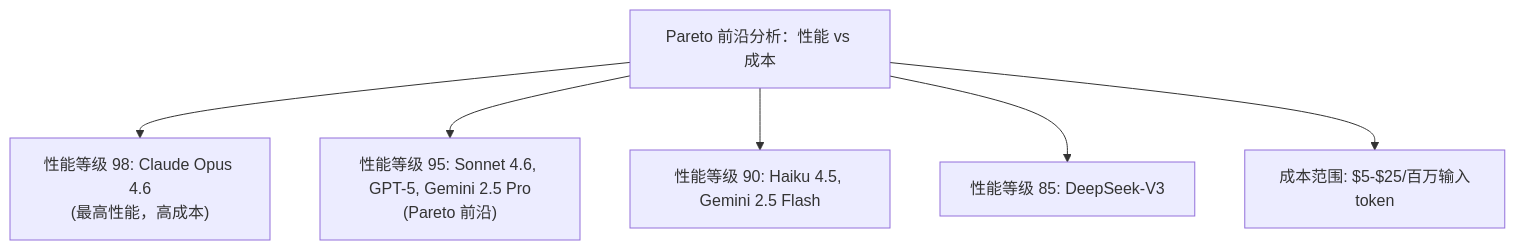
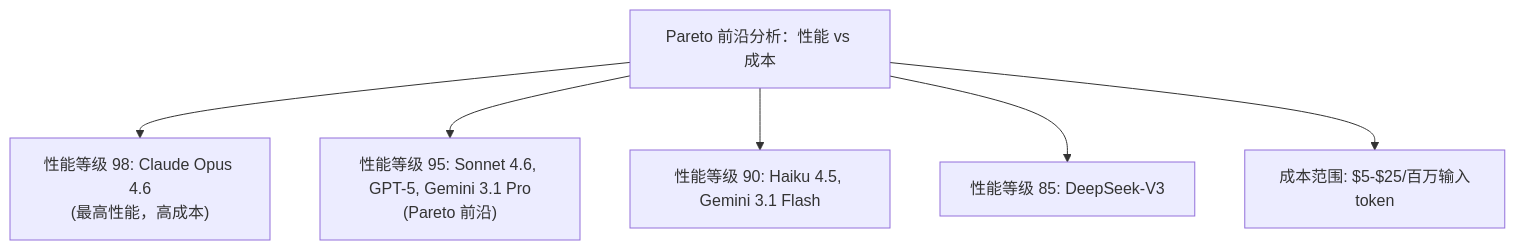
One commit to yeasy/claude_guide changed the second of 3 diagrams in 12_appendix/12.6_model_comparison.md. Above: the diagram before and after it, drawn with Mermaid. The commit also changed other lines of this file, not shown here.

Commit message:
Update Gemini model versions in comparison

````diff
--- a/12_appendix/12.6_model_comparison.md
+++ b/12_appendix/12.6_model_comparison.md
@@ -592,15 +593,15 @@
 ```mermaid
 graph TD
     A["Pareto 前沿分析：性能 vs 成本"]
     B["性能等级 98: Claude Opus 4.6<br/>(最高性能，高成本)"]
-    C["性能等级 95: Sonnet 4.6, GPT-5, Gemini 2.5 Pro<br/>(Pareto 前沿)"]
-    D["性能等级 90: Haiku 4.5, Gemini 2.5 Flash"]
+    C["性能等级 95: Sonnet 4.6, GPT-5, Gemini 3.1 Pro<br/>(Pareto 前沿)"]
+    D["性能等级 90: Haiku 4.5, Gemini 3.1 Flash"]
     E["性能等级 85: DeepSeek-V3"]
     F["成本范围: $5-$25/百万输入token"]
 
     A --> B
     A --> C
     A --> D
     A --> E
     A --> F
 ```
````
